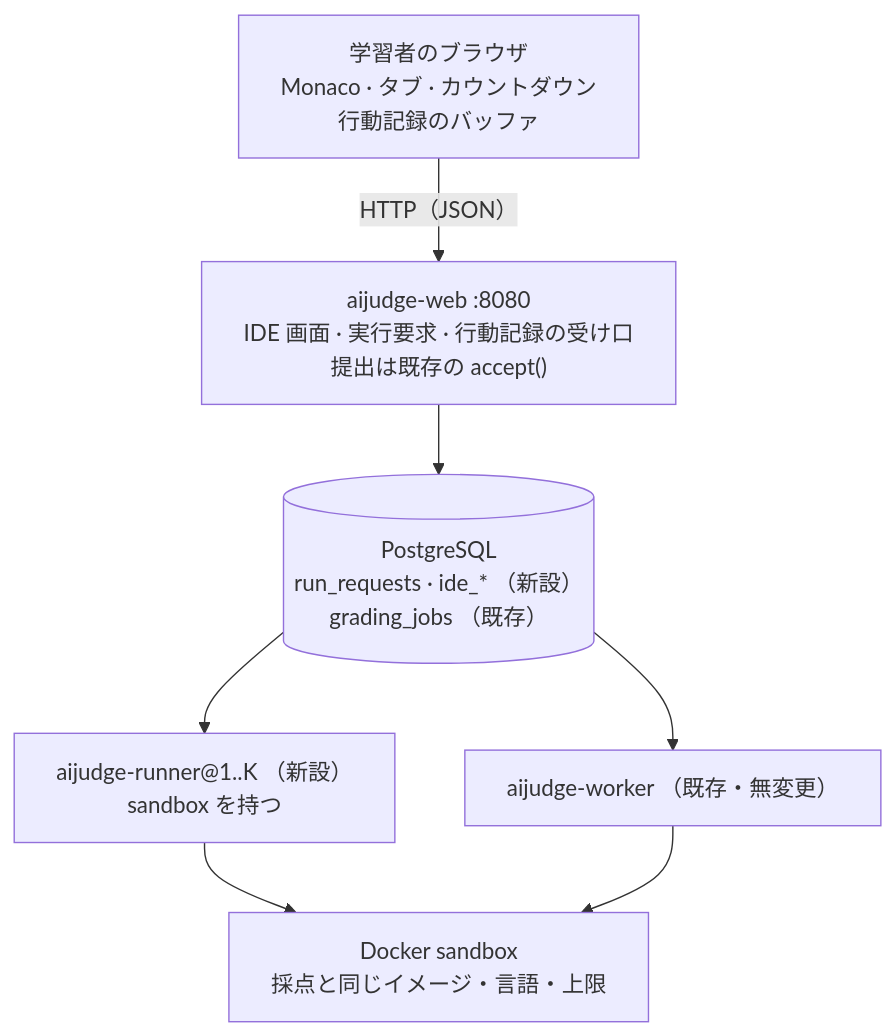
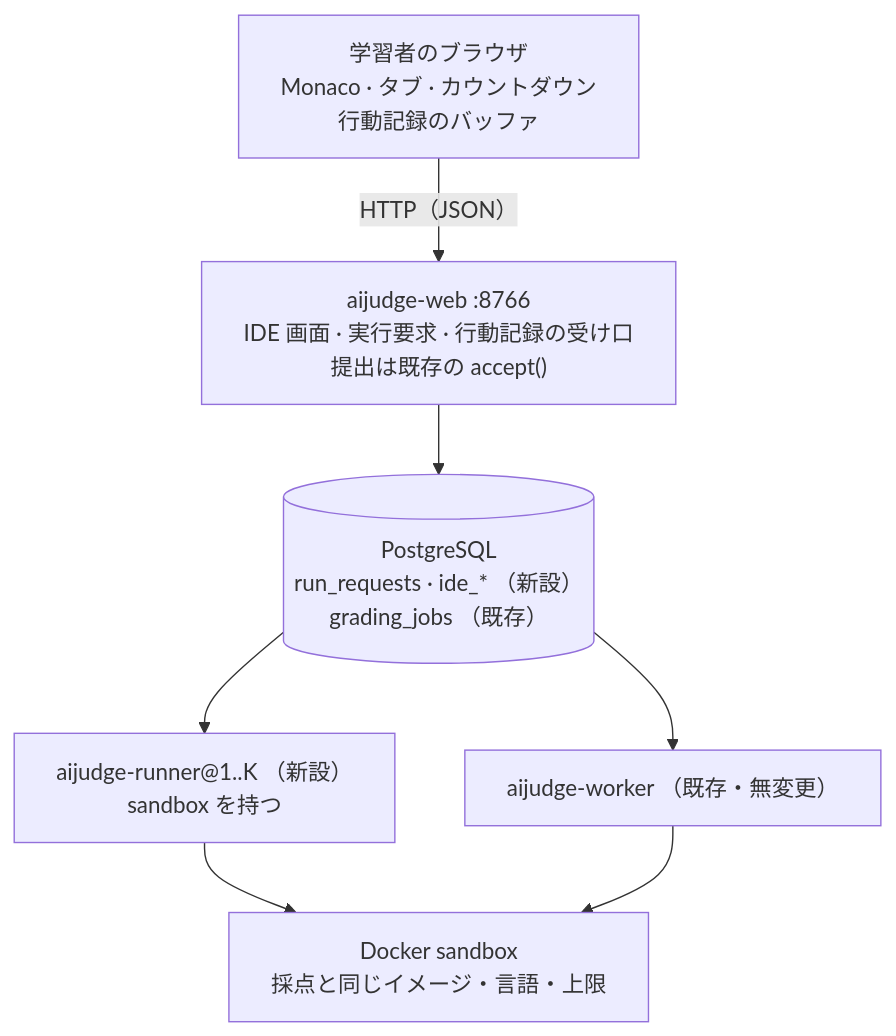
The diagram in docs/design/online-coding-test.md (sanoakr/aijudge), drawn with Mermaid before and after one commit. The commit also changed 12 other files, not shown here.

````diff
--- a/docs/design/online-coding-test.md
+++ b/docs/design/online-coding-test.md
@@ -78,17 +78,17 @@
 ```mermaid
 %%{init: {"flowchart": {"wrappingWidth": 460}} }%%
 flowchart TB
     B["学習者のブラウザ<br/>Monaco · タブ · カウントダウン<br/>行動記録のバッファ"]
-    W["aijudge-web :8080<br/>IDE 画面 · 実行要求 · 行動記録の受け口<br/>提出は既存の accept()"]
+    W["aijudge-web :8766<br/>IDE 画面 · 実行要求 · 行動記録の受け口<br/>提出は既存の accept()"]
     DB[("PostgreSQL<br/>run_requests · ide_* （新設）<br/>grading_jobs （既存）")]
     R["aijudge-runner@1..K （新設）<br/>sandbox を持つ"]
     G["aijudge-worker （既存・無変更）"]
     SB["Docker sandbox<br/>採点と同じイメージ・言語・上限"]
 
     B -- "HTTP（JSON）" --> W
     W --> DB
     DB --> R
     DB --> G
     R --> SB
     G --> SB
 ```
````
